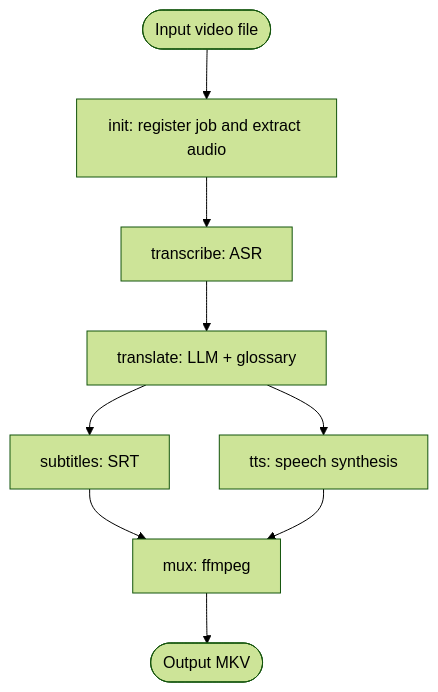
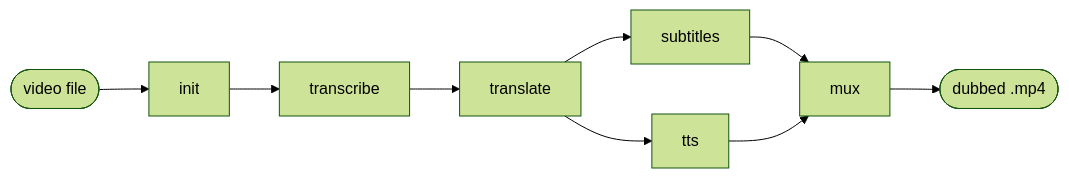
One commit to temk/glam changed the diagram in README.md. Above: the diagram before and after it, drawn with Mermaid (forest theme). The commit also changed other lines of this file and 6 other files, not shown here.

````diff
--- a/README.md
+++ b/README.md
@@ -9,11 +17,11 @@
 ```mermaid
-flowchart TD
-    IN([Input video file]) --> INIT[init: register job and extract audio]
-    INIT --> ASR[transcribe: ASR]
-    ASR --> TR[translate: LLM + glossary]
-    TR --> SUB[subtitles: SRT]
-    TR --> TTS[tts: speech synthesis]
-    SUB --> MUX[mux: ffmpeg]
+flowchart LR
+    IN([video file]) --> INIT[init]
+    INIT --> ASR[transcribe]
+    ASR --> TR[translate]
+    TR --> SUB[subtitles]
+    TR --> TTS[tts]
+    SUB --> MUX[mux]
     TTS --> MUX
-    MUX --> OUT([Output MKV])
+    MUX --> OUT([dubbed .mp4])
 ```
````
